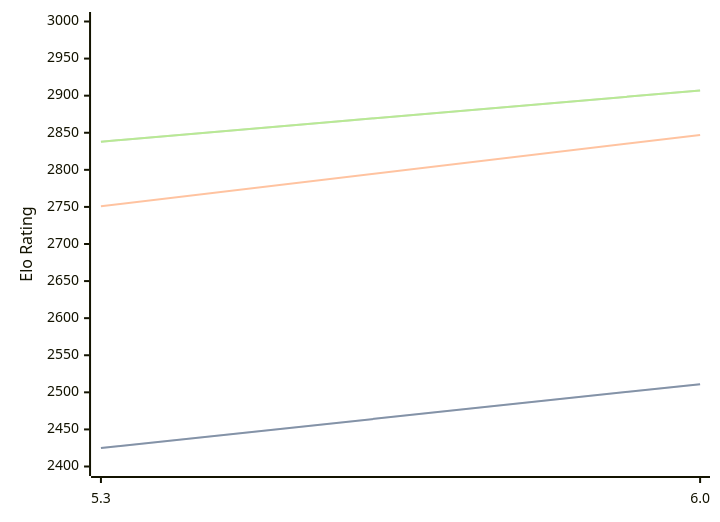
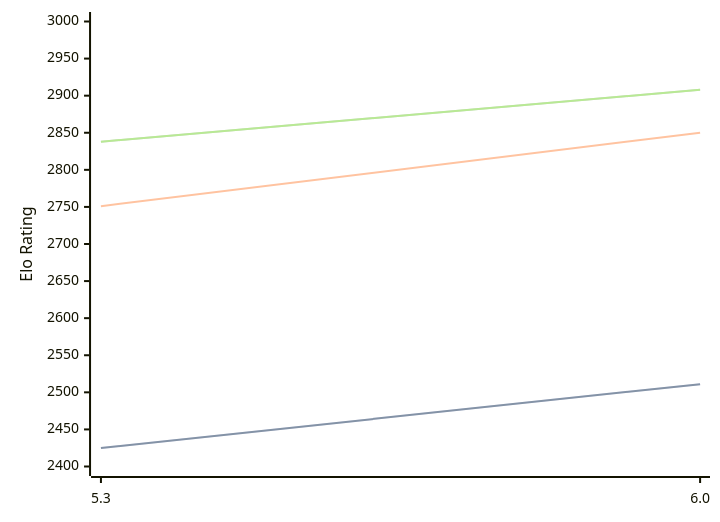
The diagram in engines/tomitankChess.md (computer-chess-index/cci), drawn with Mermaid before and after one commit. The commit also changed other lines of this file, not shown here.

Commit message:
Update CCI Ratings (ELO VLTC) - 2026-04-13

````diff
--- a/engines/tomitankChess.md
+++ b/engines/tomitankChess.md
@@ -40,11 +40,11 @@
 ```mermaid
 %%{init: {"theme":"base","themeVariables":{"seriesColors:['#a3a3a3','#222221','#faa371']}}}%%
 xychart-beta
   x-axis ["5.3", "6.0"]
   y-axis "Elo Rating" 2400 --> 3000
   line "STC (8.0+0.08s)" [2425, 2511]
   line "STC (8.0+0.08s)" [2425, 2511]
-  line "LTC (60.0+0.60s)" [2751, 2847]
-  line "VLTC (2m24s+1.12s)" [2838, 2907]
-  line "VLTC (2m24s+1.12s)" [2838, 2907]
+  line "LTC (60.0+0.60s)" [2751, 2850]
+  line "VLTC (2m24s+1.12s)" [2838, 2908]
+  line "VLTC (2m24s+1.12s)" [2838, 2908]
 ```
````
